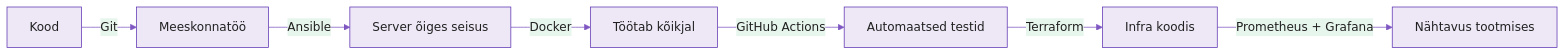
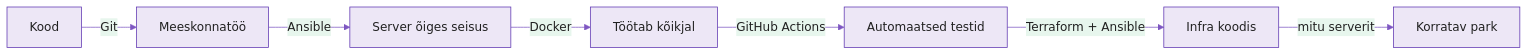
Before and after one commit to hkhk-automation/devops: the third of 3 diagrams in docs/week01/lecture.md, drawn with Mermaid. The commit also changed other lines of this file and 157 other files, not shown here.

Commit message:
Refactor week 12 lecture to focus on Ansible IaC, update learning outcomes, and enhance visibility of infrastructure management concepts. Revise week 13 capstone task to emphasize IaC and group_vars usage. Update mkdocs configuration for improved navigation and add new career path SVG graphic.

````diff
--- a/docs/week01/lecture.md
+++ b/docs/week01/lecture.md
@@ -143,10 +191,10 @@
 ```mermaid
 %%{init: {'theme':'base','themeVariables':{'primaryColor':'#ede7f6','primaryBorderColor':'#5e35b1','primaryTextColor':'#212121','lineColor':'#7e57c2'}}}%%
 graph LR
     A[Kood] -->|Git| B[Meeskonnatöö]
     B -->|Ansible| C[Server õiges seisus]
     C -->|Docker| D[Töötab kõikjal]
     D -->|GitHub Actions| E[Automaatsed testid]
-    E -->|Terraform| F[Infra koodis]
-    F -->|Prometheus + Grafana| G[Nähtavus tootmises]
+    E -->|Terraform + Ansible| F[Infra koodis]
+    F -->|mitu serverit| G[Korratav park]
 ```
````
